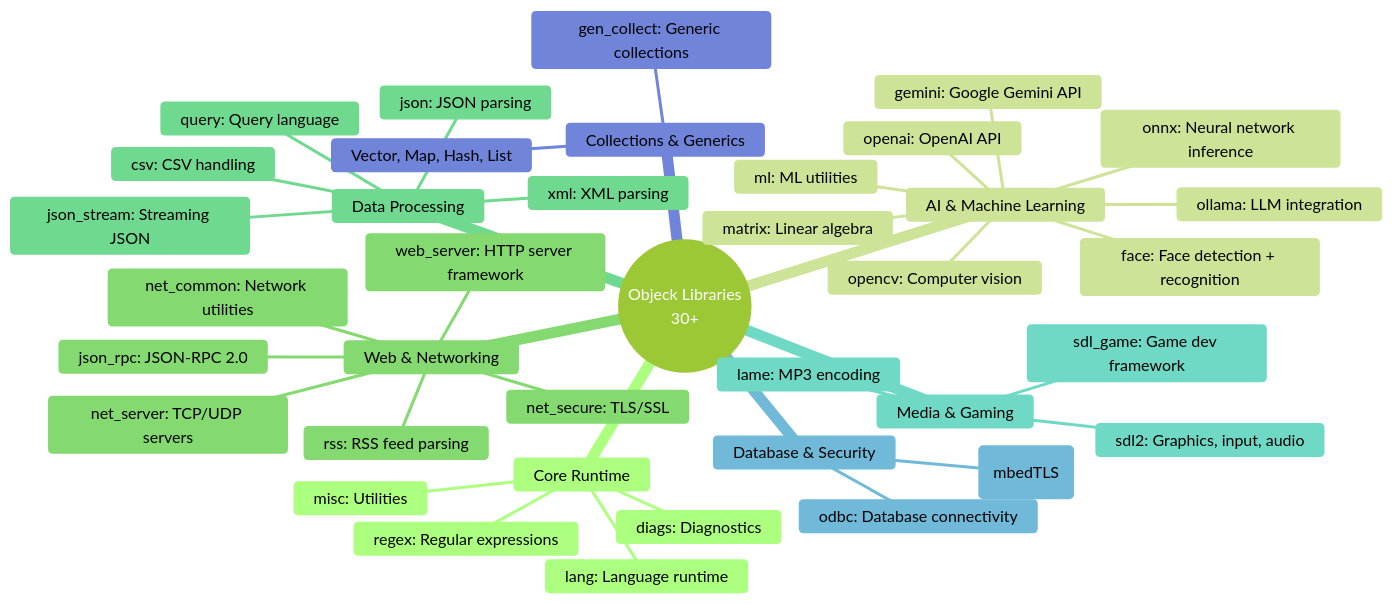
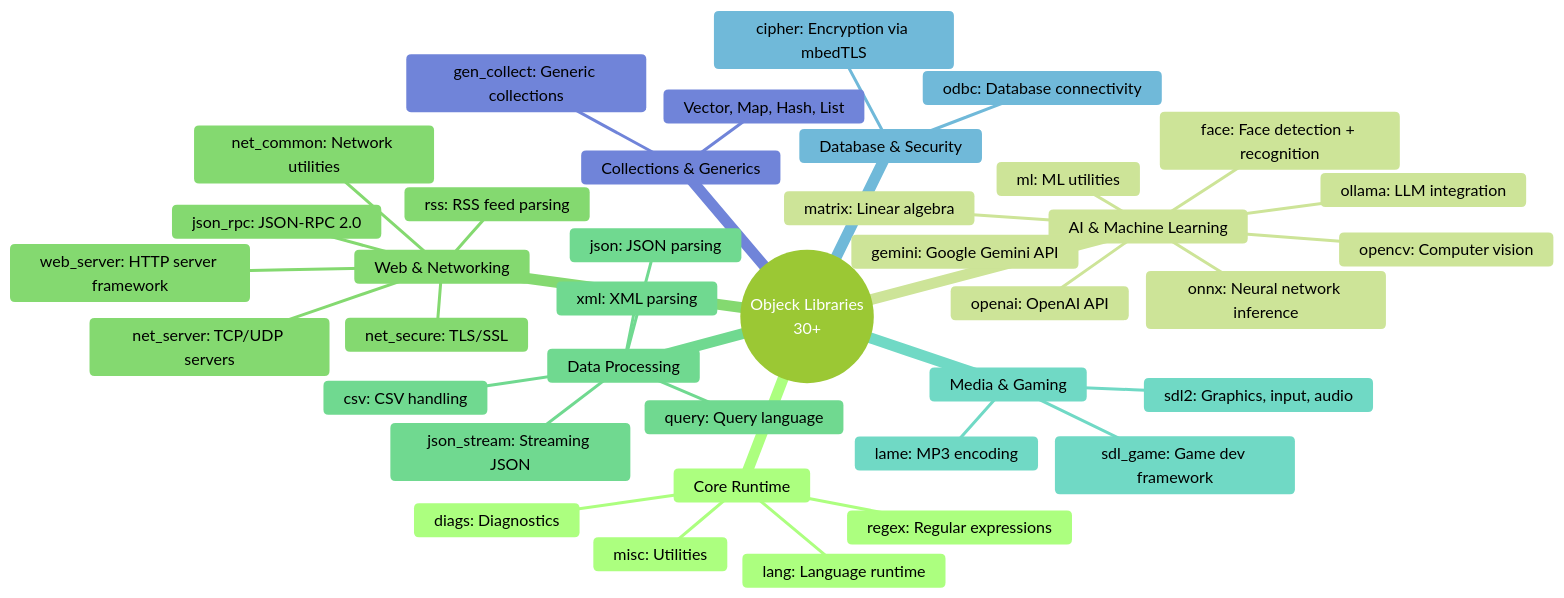
One commit to objeck/objeck-lang changed the tenth of 28 diagrams in docs/architecture.md. Above: the diagram before and after it, drawn with Mermaid (forest theme). The commit also changed other lines of this file and 3 other files, not shown here.

First line of the commit message:
docs: fix architecture.md mermaid parse errors; System.AI doc grouping

````diff
--- a/docs/architecture.md
+++ b/docs/architecture.md
@@ -447,42 +447,42 @@
 ```mermaid
 mindmap
     root((Objeck Libraries
     30+))
         Core Runtime
             lang: Language runtime
             misc: Utilities
             regex: Regular expressions
             diags: Diagnostics
         AI & Machine Learning
             onnx: Neural network inference
             ollama: LLM integration
             openai: OpenAI API
             gemini: Google Gemini API
             ml: ML utilities
             opencv: Computer vision
             face: Face detection + recognition
             matrix: Linear algebra
         Web & Networking
             web_server: HTTP server framework
             json_rpc: JSON-RPC 2.0
             net_server: TCP/UDP servers
             net_secure: TLS/SSL
             net_common: Network utilities
             rss: RSS feed parsing
         Data Processing
             json: JSON parsing
             xml: XML parsing
             csv: CSV handling
             query: Query language
             json_stream: Streaming JSON
         Media & Gaming
             sdl2: Graphics, input, audio
             sdl_game: Game dev framework
             lame: MP3 encoding
         Database & Security
             odbc: Database connectivity
-            cipher: Encryption (mbedTLS)
+            cipher: Encryption via mbedTLS
         Collections & Generics
             gen_collect: Generic collections
             Vector, Map, Hash, List
 ```
````
